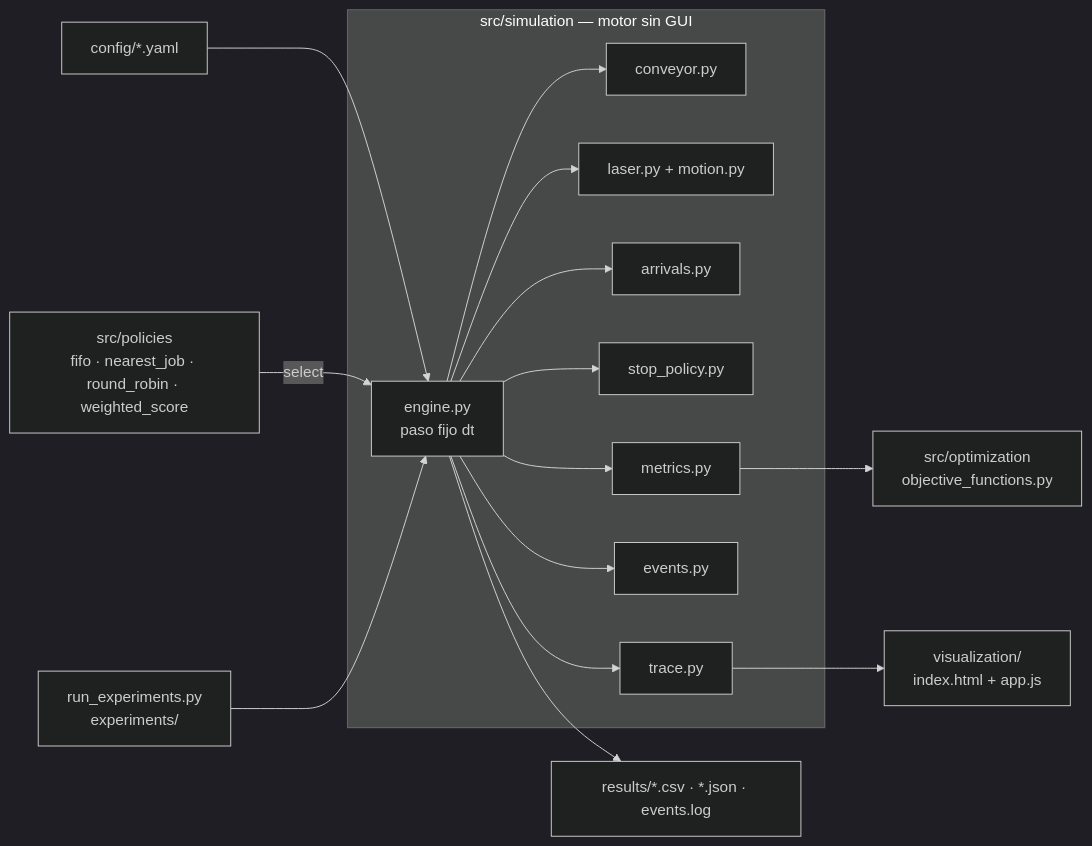
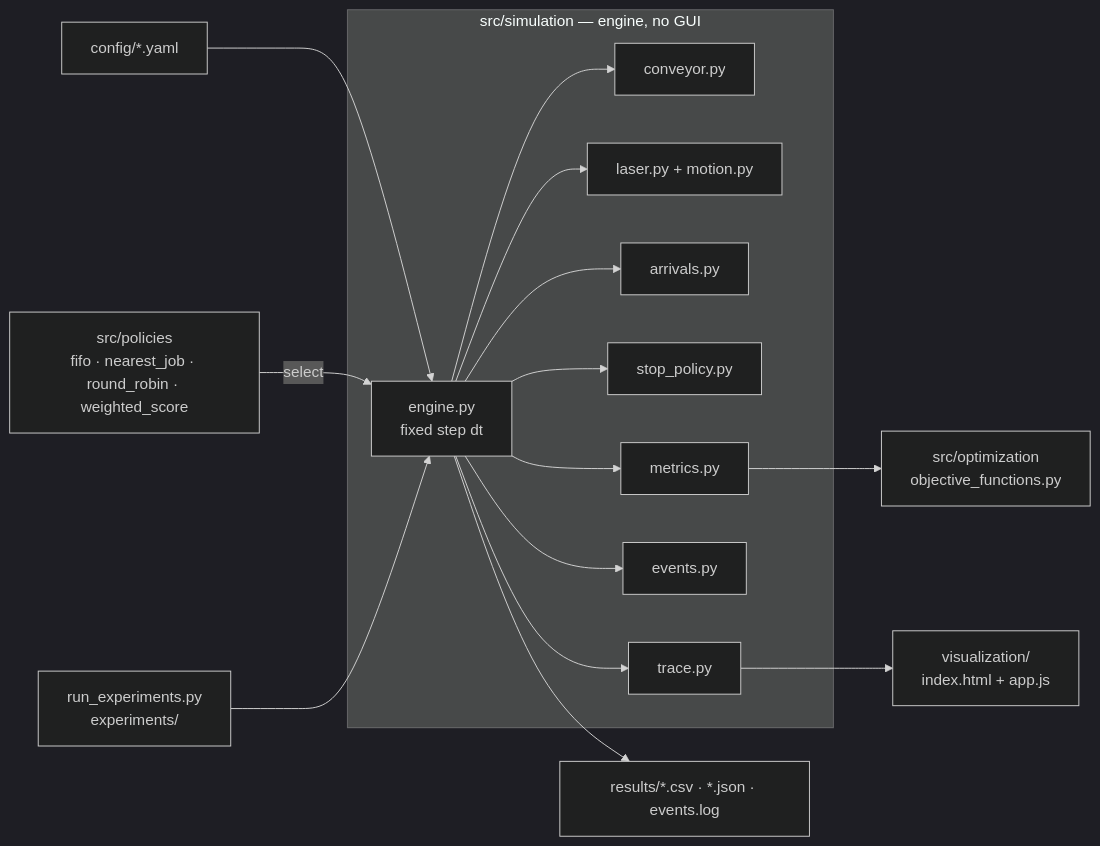
Before and after one commit to juanlopez-gif/laser-conveyor-optimization: the diagram in README.md, drawn with Mermaid (dark theme). The commit also changed other lines of this file and 22 other files, not shown here.

````diff
--- a/README.md
+++ b/README.md
@@ -198,18 +215,18 @@
 ```mermaid
 flowchart LR
     CFG[config/*.yaml] --> ENG
-    subgraph SIM[src/simulation — motor sin GUI]
-        ENG[engine.py<br/>paso fijo dt] --> CONV[conveyor.py]
+    subgraph SIM[src/simulation — engine, no GUI]
+        ENG[engine.py<br/>fixed step dt] --> CONV[conveyor.py]
         ENG --> LAS[laser.py + motion.py]
         ENG --> ARR[arrivals.py]
         ENG --> STP[stop_policy.py]
         ENG --> MET[metrics.py]
         ENG --> EVT[events.py]
         ENG --> TRC[trace.py]
     end
     POL[src/policies<br/>fifo · nearest_job · round_robin · weighted_score] -- select --> ENG
     MET --> OBJ[src/optimization<br/>objective_functions.py]
     ENG --> OUT[results/*.csv · *.json · events.log]
     TRC --> VIS[visualization/<br/>index.html + app.js]
     EXP[run_experiments.py<br/>experiments/] --> ENG
 ```
````
